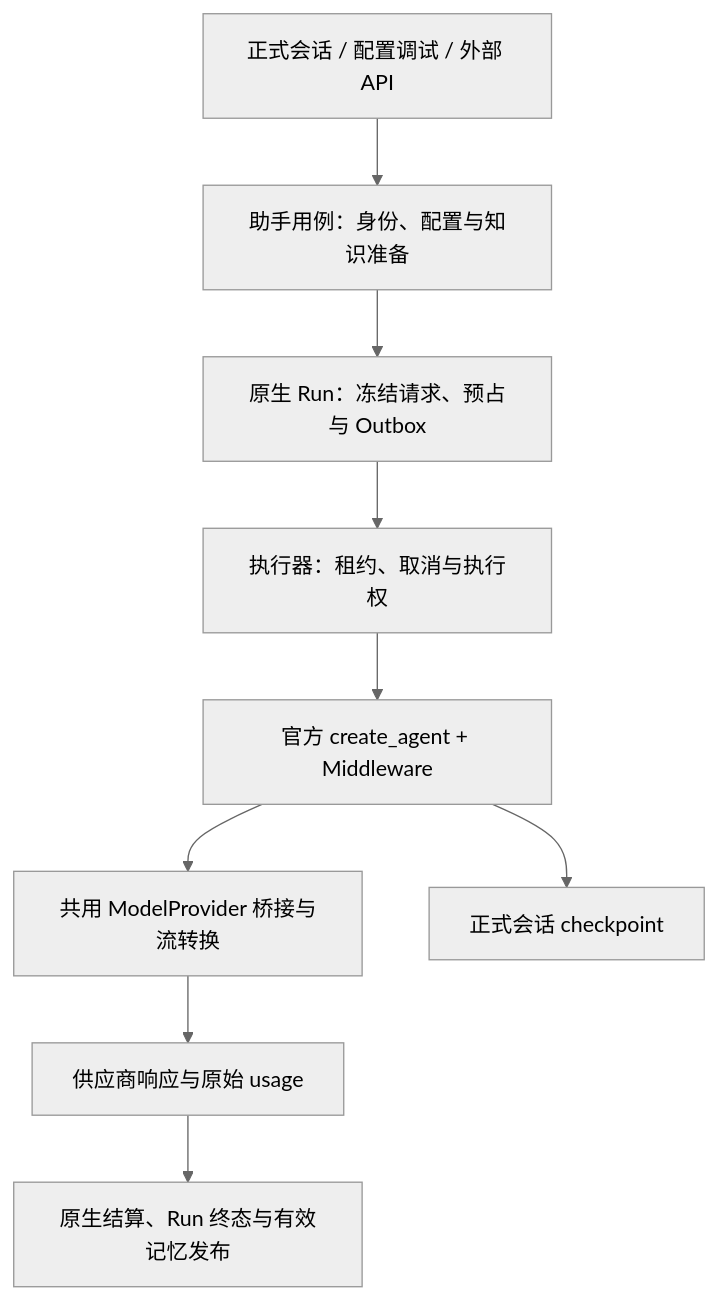
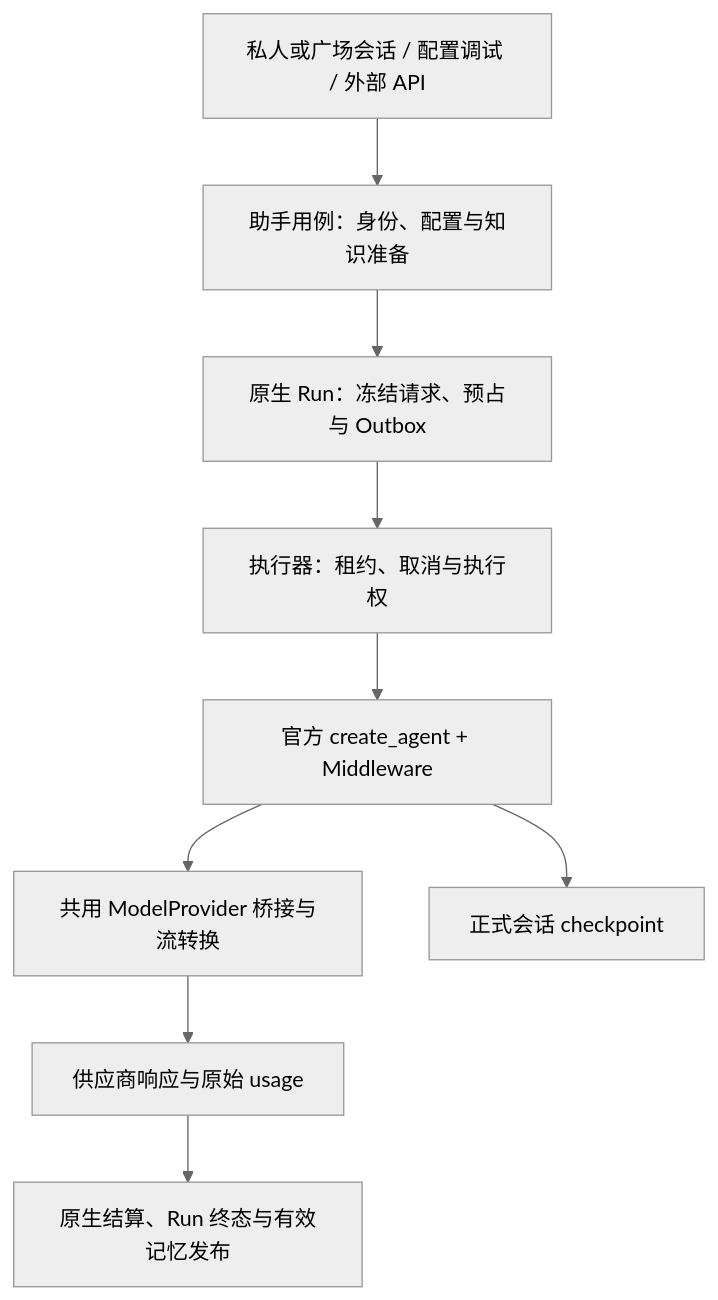
Before and after one commit to JINAN-xxx/Zhiheng: the diagram in docs/architecture/assistant-langchain.md, drawn with Mermaid (neutral theme). The commit also changed other lines of this file and 176 other files, not shown here.

```diff
--- a/docs/architecture/assistant-langchain.md
+++ b/docs/architecture/assistant-langchain.md
@@ -27,11 +28,11 @@
 ~~~mermaid
 flowchart TD
-    A[正式会话 / 配置调试 / 外部 API] --> B[助手用例：身份、配置与知识准备]
+    A[私人或广场会话 / 配置调试 / 外部 API] --> B[助手用例：身份、配置与知识准备]
     B --> C[原生 Run：冻结请求、预占与 Outbox]
     C --> D[执行器：租约、取消与执行权]
     D --> E[官方 create_agent + Middleware]
     E --> F[共用 ModelProvider 桥接与流转换]
     E --> G[正式会话 checkpoint]
     F --> H[供应商响应与原始 usage]
     H --> I[原生结算、Run 终态与有效记忆发布]
 ~~~
```
